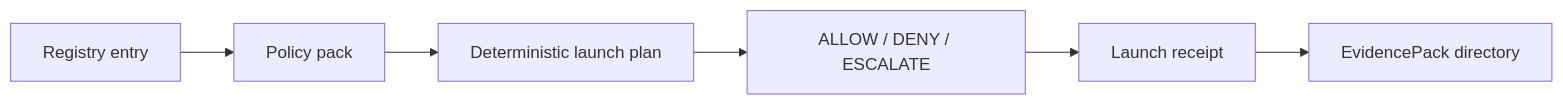
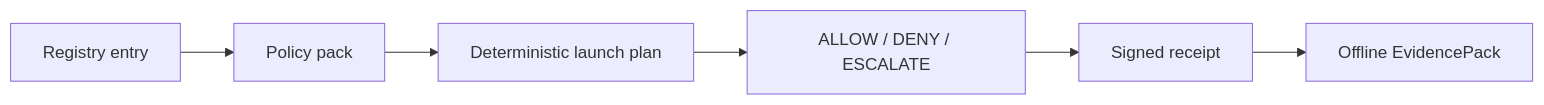
The diagram in docs/LAUNCHPAD.md (Mindburn-Labs/helm-ai-kernel), drawn with Mermaid before and after one commit. The commit also changed other lines of this file and 32 other files, not shown here.

````diff
--- a/docs/LAUNCHPAD.md
+++ b/docs/LAUNCHPAD.md
@@ -52,8 +90,8 @@
 ```mermaid
 flowchart LR
   Registry["Registry entry"] --> Policy["Policy pack"]
   Policy --> Plan["Deterministic launch plan"]
   Plan --> Gate["ALLOW / DENY / ESCALATE"]
-  Gate --> Receipt["Launch receipt"]
-  Receipt --> Evidence["EvidencePack directory"]
+  Gate --> Receipt["Signed receipt"]
+  Receipt --> Evidence["Offline EvidencePack"]
 ```
````
